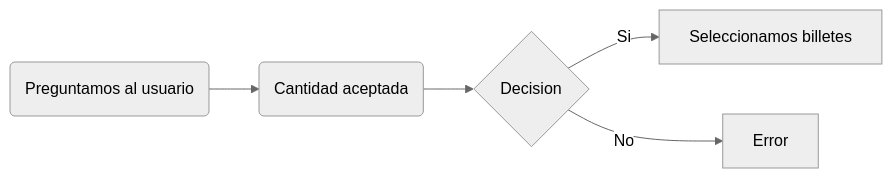
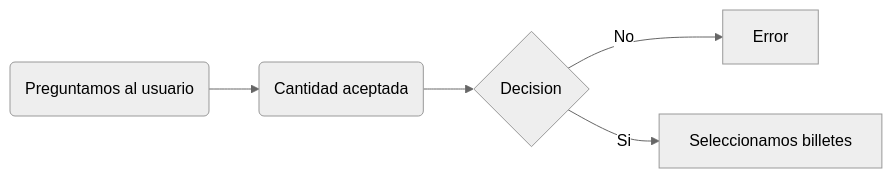
Before and after one commit to PachecoASIR/Diagramas: the first of 2 diagrams in README.md, drawn with Mermaid (neutral theme).

````diff
--- a/README.md
+++ b/README.md
@@ -9,7 +9,7 @@
 ```mermaid
 flowchart LR
     A(Preguntamos al usuario) -->B(Cantidad aceptada)
     B --> C{Decision}
-    C -->|Si| D[Seleccionamos billetes]
-    C -->|No| E[Error]
+    C -->|No| D[Error]
+    C -->|Si| E[Seleccionamos billetes]
 ```
````
